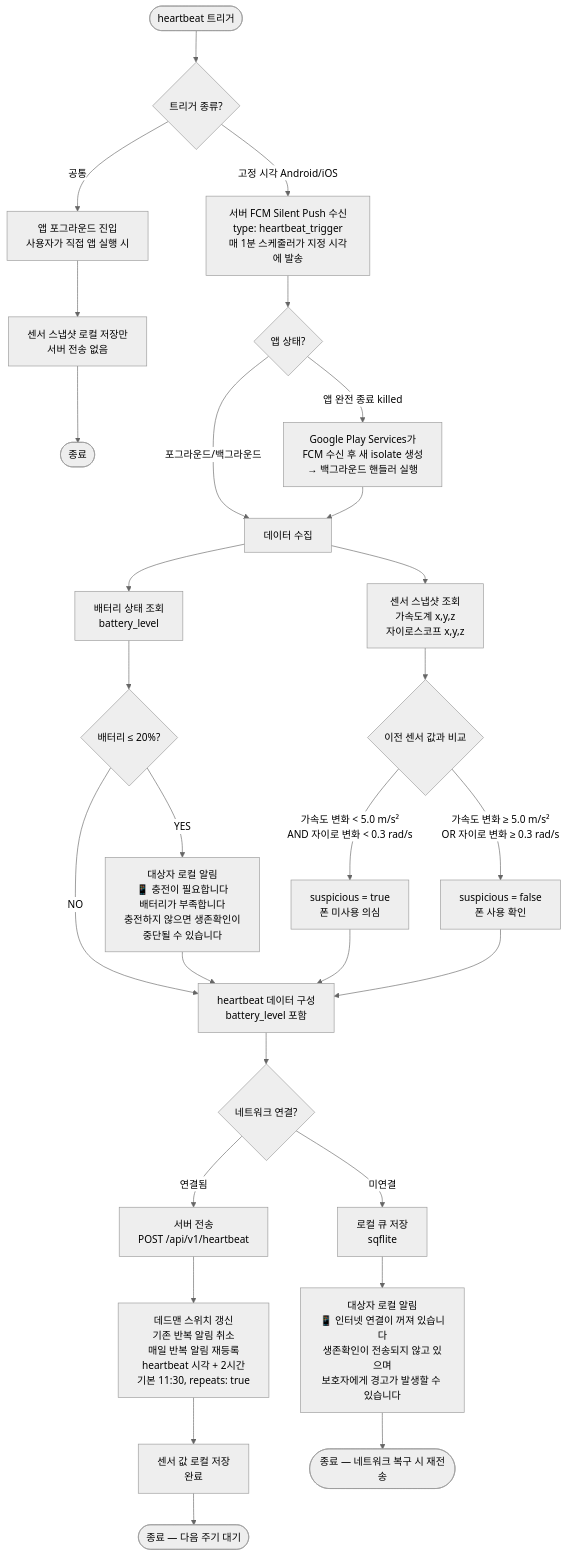
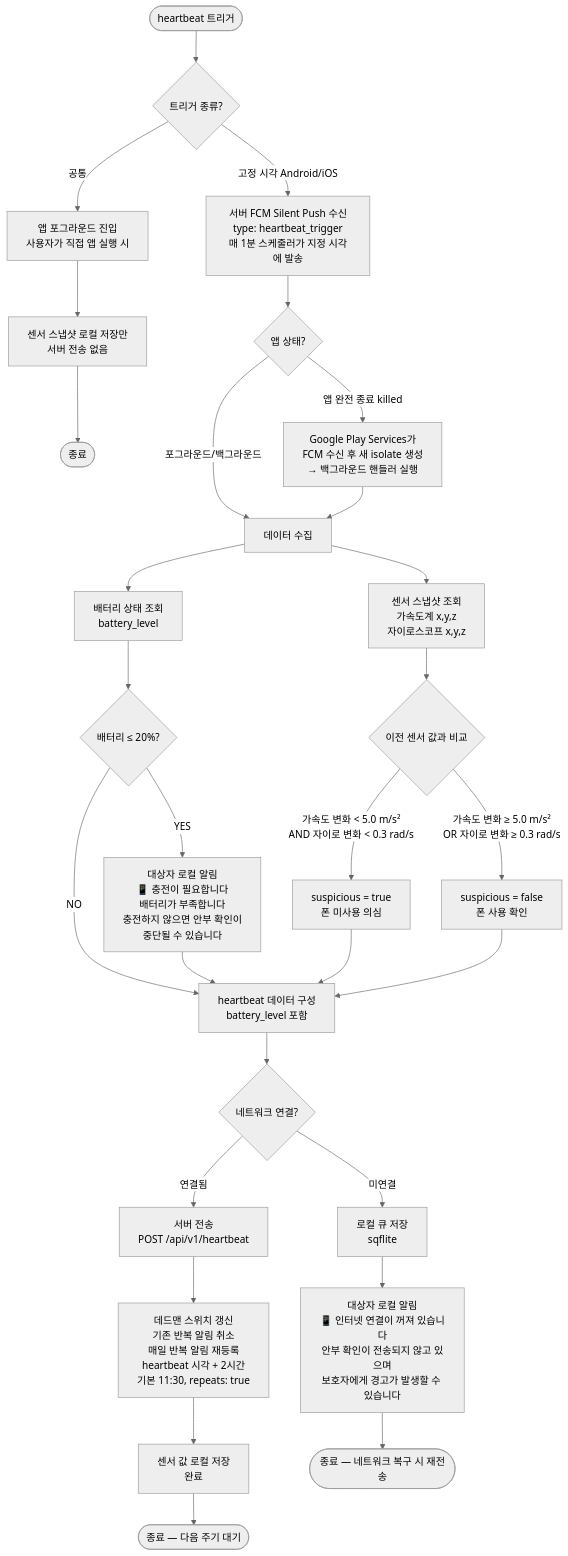
Before and after one commit to l10s18bok/kr.co.anbucheck: the first of 6 diagrams in .ref/heartbeat_flowchart.md, drawn with Mermaid (neutral theme). The commit also changed other lines of this file and 14 other files, not shown here.

````diff
--- a/.ref/heartbeat_flowchart.md
+++ b/.ref/heartbeat_flowchart.md
@@ -23,51 +23,51 @@
 ```mermaid
 flowchart TD
     Start([heartbeat 트리거])
     Start --> Trigger
 
     Trigger{트리거 종류?}
     Trigger -->|고정 시각 Android/iOS| SP[서버 FCM Silent Push 수신<br/>type: heartbeat_trigger<br/>매 1분 스케줄러가 지정 시각에 발송]
     Trigger -->|공통| FG[앱 포그라운드 진입<br/>사용자가 직접 앱 실행 시]
 
     FG --> FGCollect[센서 스냅샷 로컬 저장만<br/>서버 전송 없음]
     FGCollect --> End0([종료])
 
     SP --> SPState{앱 상태?}
     SPState -->|포그라운드/백그라운드| Collect
     SPState -->|앱 완전 종료 killed| SPKilled[Google Play Services가<br/>FCM 수신 후 새 isolate 생성<br/>→ 백그라운드 핸들러 실행]
     SPKilled --> Collect
 
     Collect[데이터 수집]
     Collect --> Sensor[센서 스냅샷 조회<br/>가속도계 x,y,z<br/>자이로스코프 x,y,z]
     Collect --> Battery[배터리 상태 조회<br/>battery_level]
 
     Sensor --> Compare{이전 센서 값과 비교}
     Compare -->|가속도 변화 < 5.0 m/s²<br/>AND 자이로 변화 < 0.3 rad/s| Suspicious[suspicious = true<br/>폰 미사용 의심]
     Compare -->|가속도 변화 ≥ 5.0 m/s²<br/>OR 자이로 변화 ≥ 0.3 rad/s| Normal[suspicious = false<br/>폰 사용 확인]
 
     Battery --> BattCheck{배터리 ≤ 20%?}
-    BattCheck -->|YES| SubjectNoti[대상자 로컬 알림<br/>📱 충전이 필요합니다<br/>배터리가 부족합니다<br/>충전하지 않으면 생존확인이<br/>중단될 수 있습니다]
+    BattCheck -->|YES| SubjectNoti[대상자 로컬 알림<br/>📱 충전이 필요합니다<br/>배터리가 부족합니다<br/>충전하지 않으면 안부 확인이<br/>중단될 수 있습니다]
     BattCheck -->|NO| Build
 
     SubjectNoti --> Build
 
     Suspicious --> Build
     Normal --> Build
 
     Build[heartbeat 데이터 구성<br/>battery_level 포함]
 
     Build --> Network{네트워크 연결?}
 
     Network -->|연결됨| Send[서버 전송<br/>POST /api/v1/heartbeat]
     Network -->|미연결| Queue[로컬 큐 저장<br/>sqflite]
 
-    Queue --> LocalNoti1[대상자 로컬 알림<br/>📱 인터넷 연결이 꺼져 있습니다<br/>생존확인이 전송되지 않고 있으며<br/>보호자에게 경고가 발생할 수 있습니다]
+    Queue --> LocalNoti1[대상자 로컬 알림<br/>📱 인터넷 연결이 꺼져 있습니다<br/>안부 확인이 전송되지 않고 있으며<br/>보호자에게 경고가 발생할 수 있습니다]
 
     Send --> DeadmanReset[데드맨 스위치 갱신<br/>기존 반복 알림 취소<br/>매일 반복 알림 재등록<br/>heartbeat 시각 + 2시간<br/>기본 11:30, repeats: true]
 
     DeadmanReset --> SaveEnd[센서 값 로컬 저장<br/>완료]
 
     SaveEnd --> End1([종료 — 다음 주기 대기])
 
     LocalNoti1 --> End2([종료 — 네트워크 복구 시 재전송])
 ```
````
